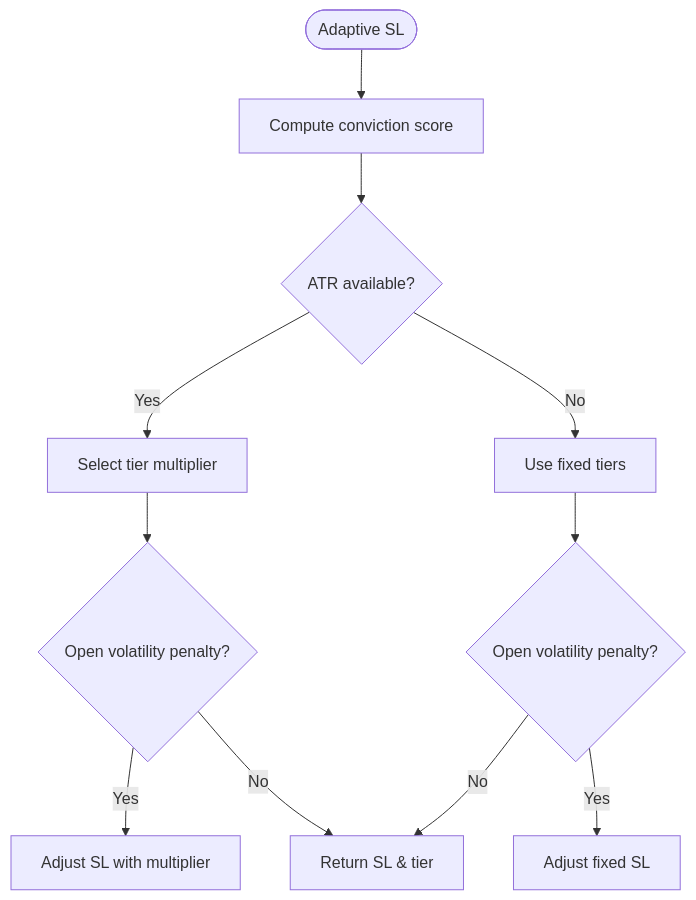
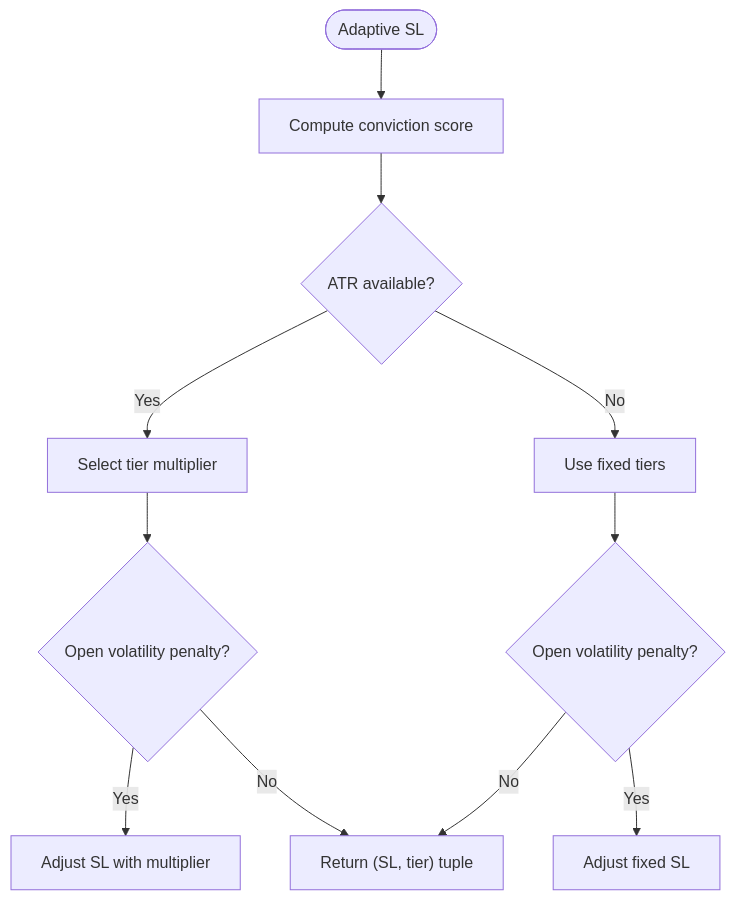
The sixth of 8 diagrams in .qoder/repowiki/en/content/Development Guide/Testing Framework/Unit Testing.md (tauqeersiddiqui-art/tradingsystem), drawn with Mermaid before and after one commit. The commit also changed other lines of this file and 63 other files, not shown here.

````diff
--- a/.qoder/repowiki/en/content/Development Guide/Testing Framework/Unit Testing.md
+++ b/.qoder/repowiki/en/content/Development Guide/Testing Framework/Unit Testing.md
@@ -211,13 +230,13 @@
 ```mermaid
 flowchart TD
 Start(["Adaptive SL"]) --> Score["Compute conviction score"]
 Score --> ATR{"ATR available?"}
 ATR --> |Yes| Tier["Select tier multiplier"]
 Tier --> OpenVol{"Open volatility penalty?"}
 OpenVol --> |Yes| Adjust["Adjust SL with multiplier"]
-OpenVol --> |No| ReturnSL["Return SL & tier"]
+OpenVol --> |No| ReturnTuple["Return (SL, tier) tuple"]
 ATR --> |No| Fixed["Use fixed tiers"]
 Fixed --> OpenVolFixed{"Open volatility penalty?"}
 OpenVolFixed --> |Yes| AdjustFixed["Adjust fixed SL"]
-OpenVolFixed --> |No| ReturnSL
+OpenVolFixed --> |No| ReturnTuple
 ```
````
